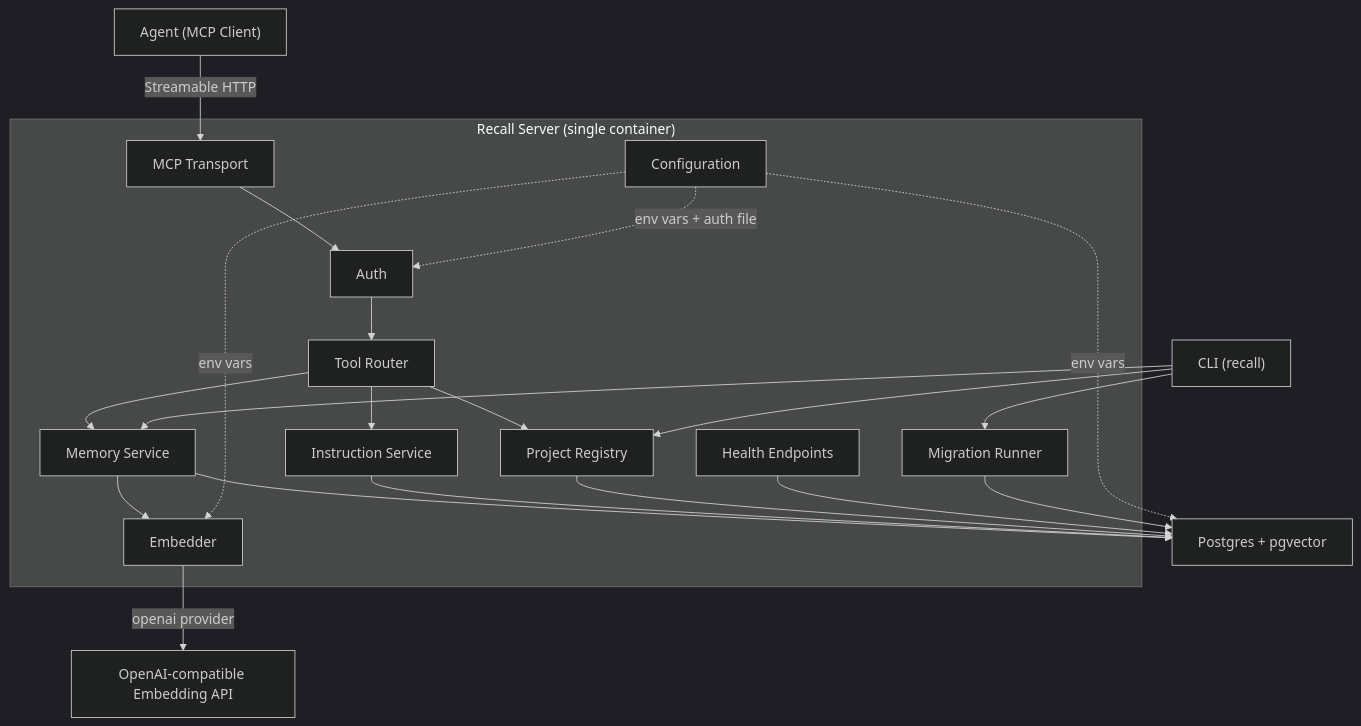
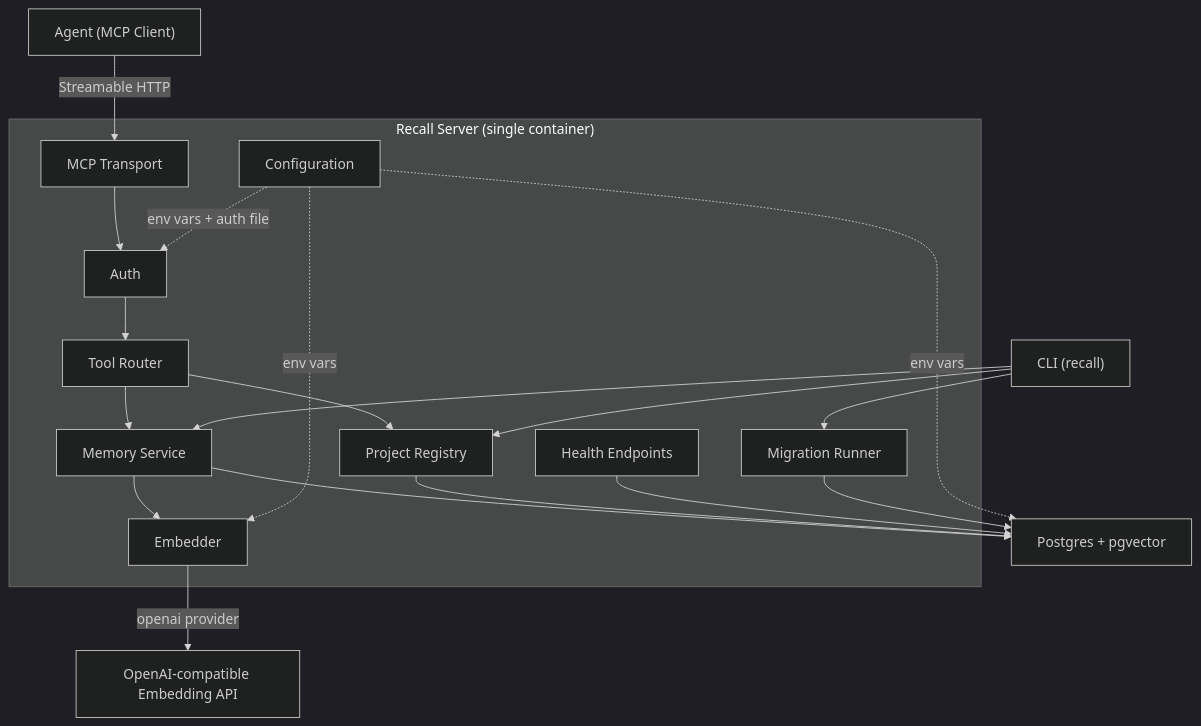
The first of 5 diagrams in docs/design/v2-design.md (mironyx/recall), drawn with Mermaid (dark theme) before and after one commit. The commit also changed other lines of this file and 1 other file, not shown here.

First line of the commit message:
docs: drop instructions_get tool, align with v1 decision

````diff
--- a/docs/design/v2-design.md
+++ b/docs/design/v2-design.md
@@ -143,41 +143,38 @@
 ```mermaid
 graph TB
     Agent["Agent (MCP Client)"]
 
     subgraph Recall["Recall Server (single container)"]
         Transport["MCP Transport"]
         Auth["Auth"]
         ToolRouter["Tool Router"]
         ProjectRegistry["Project Registry"]
         MemoryService["Memory Service"]
-        InstructionService["Instruction Service"]
         Embedder["Embedder"]
         Config["Configuration"]
         HealthEndpoints["Health Endpoints"]
         Migrations["Migration Runner"]
     end
 
     Postgres["Postgres + pgvector"]
     EmbeddingAPI["OpenAI-compatible Embedding API"]
     CLI["CLI (recall)"]
 
     Agent -->|Streamable HTTP| Transport
     Transport --> Auth
     Auth --> ToolRouter
     ToolRouter --> ProjectRegistry
     ToolRouter --> MemoryService
-    ToolRouter --> InstructionService
     MemoryService --> Embedder
     MemoryService --> Postgres
-    InstructionService --> Postgres
     ProjectRegistry --> Postgres
     Embedder -->|openai provider| EmbeddingAPI
     HealthEndpoints --> Postgres
     Migrations --> Postgres
     Config -.->|env vars + auth file| Auth
     Config -.->|env vars| Embedder
     Config -.->|env vars| Postgres
     CLI --> Migrations
     CLI --> MemoryService
     CLI --> ProjectRegistry
 ```
````
